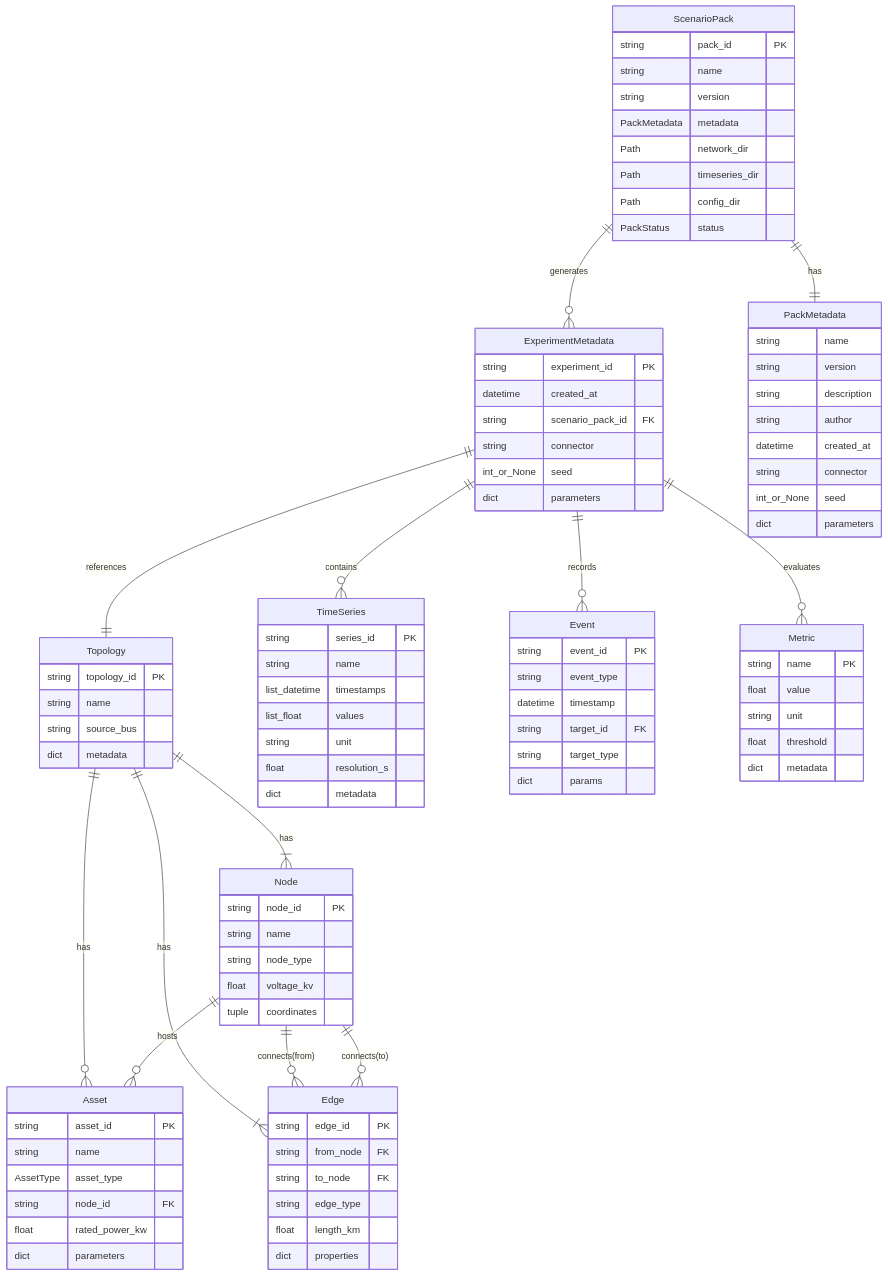
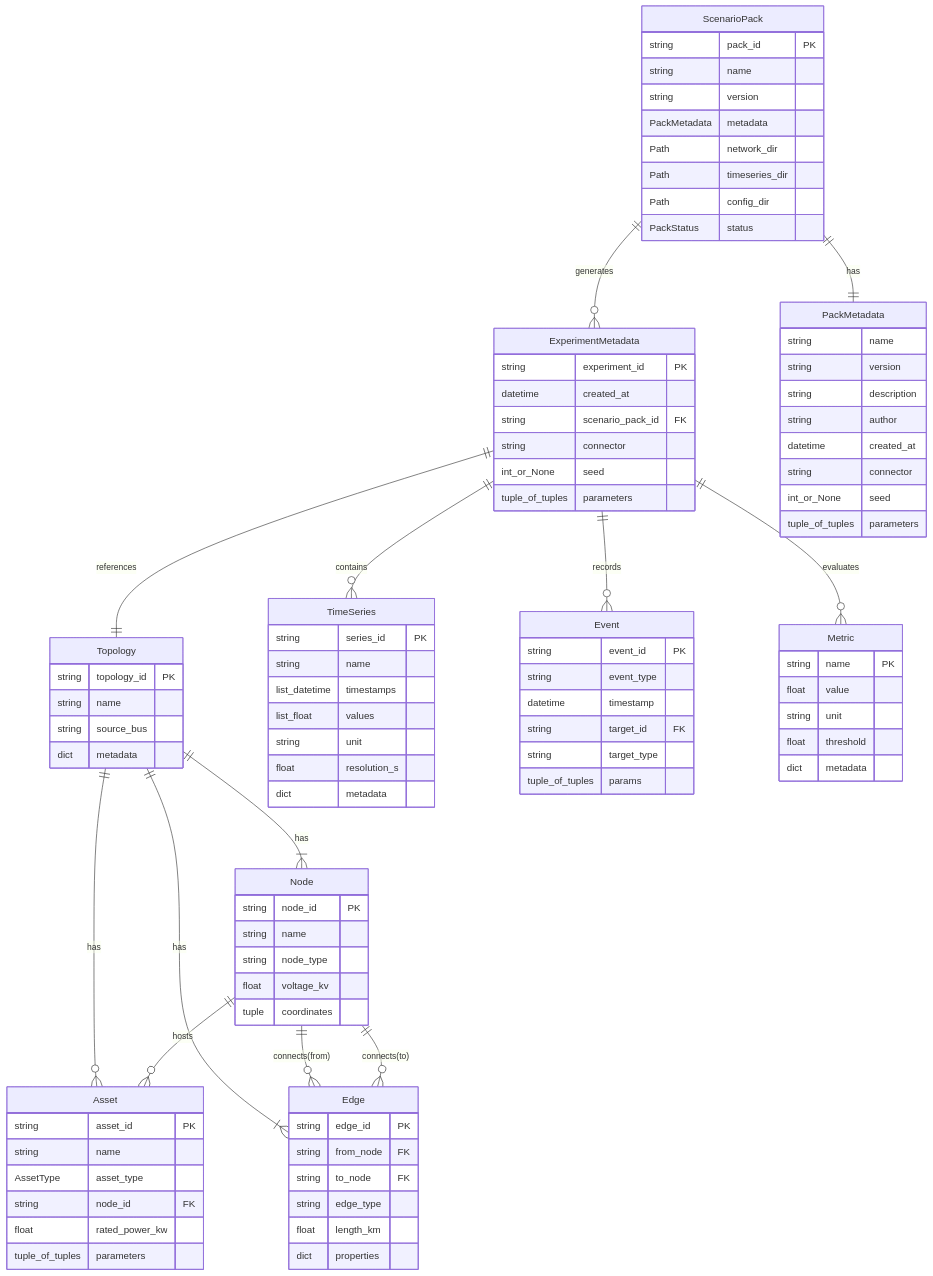
One commit to bottlenome/gridflow changed the diagram in docs/detailed_design/06_data_detail.md. Above: the diagram before and after it, drawn with Mermaid. The commit also changed other lines of this file and 3 other files, not shown here.

```diff
--- a/docs/detailed_design/06_data_detail.md
+++ b/docs/detailed_design/06_data_detail.md
@@ -40,7 +41,7 @@
         datetime created_at
         string connector
         int_or_None seed
-        dict parameters
+        tuple_of_tuples parameters
     }
 
     ScenarioPack ||--|| PackMetadata : "has"
@@ -55,7 +56,7 @@
         string scenario_pack_id FK
         string connector
         int_or_None seed
-        dict parameters
+        tuple_of_tuples parameters
     }
 
     Topology ||--|{ Node : "has"
@@ -91,7 +92,7 @@
         AssetType asset_type
         string node_id FK
         float rated_power_kw
-        dict parameters
+        tuple_of_tuples parameters
     }
 
     TimeSeries {
@@ -110,7 +111,7 @@
         datetime timestamp
         string target_id FK
         string target_type
-        dict params
+        tuple_of_tuples params
     }
 
     Metric {
```
